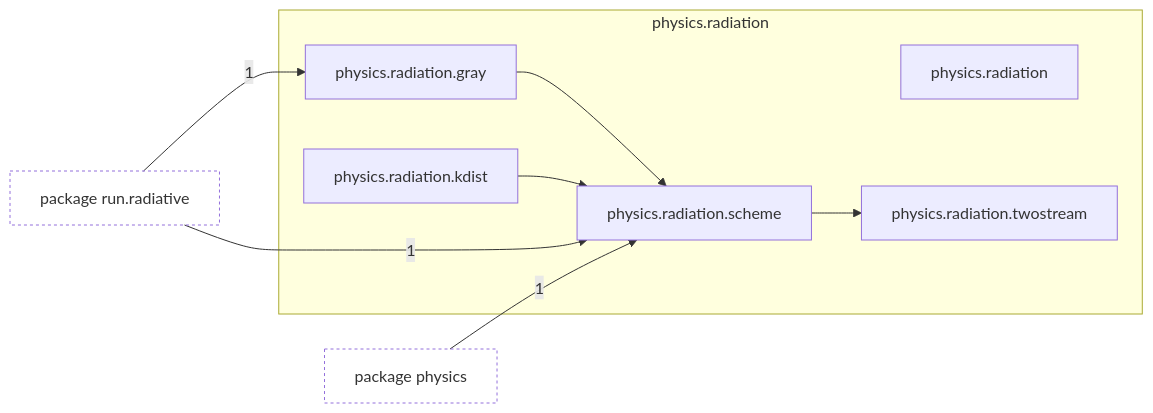
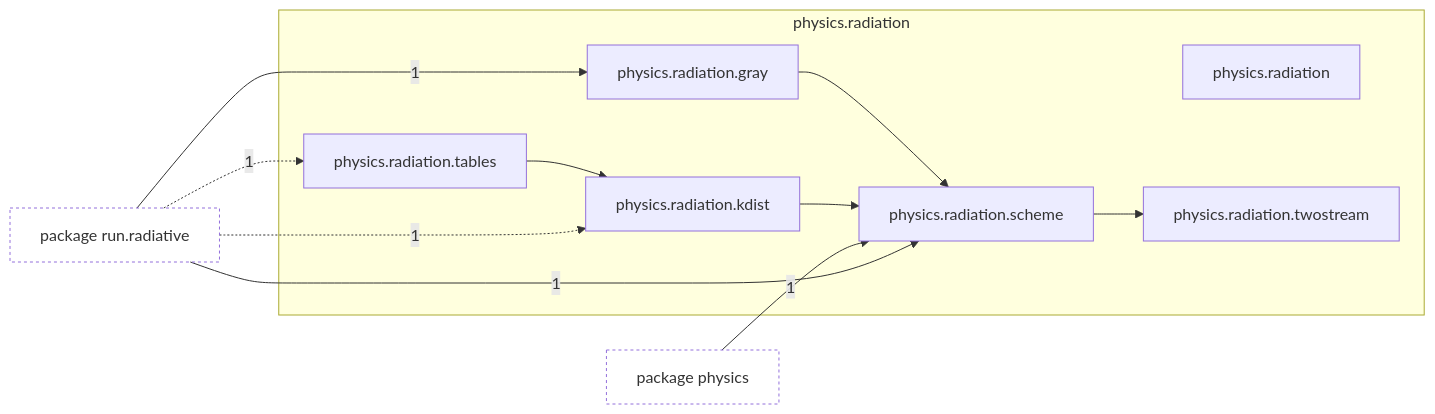
The first of 2 diagrams in docs/architecture/current/packages/tropoi.physics.radiation.md (AlexandreEros/Palintropos), drawn with Mermaid before and after one commit. The commit also changed other lines of this file and 16 other files, not shown here.

Commit message:
docs(architecture): refresh the snapshot for the k-table configuration

````diff
--- a/docs/architecture/current/packages/tropoi.physics.radiation.md
+++ b/docs/architecture/current/packages/tropoi.physics.radiation.md
@@ -23,23 +24,27 @@
 ```mermaid
 %% Generated by tools.architecture 2.3.0. Do not edit by hand.
 %% Modules of tropoi.physics.radiation with imports in and out
 flowchart LR
     subgraph g_tropoi_ophysics_oradiation["physics.radiation"]
         n_tropoi_ophysics_oradiation["physics.radiation"]
         n_tropoi_ophysics_oradiation_ogray["physics.radiation.gray"]
         n_tropoi_ophysics_oradiation_okdist["physics.radiation.kdist"]
         n_tropoi_ophysics_oradiation_oscheme["physics.radiation.scheme"]
+        n_tropoi_ophysics_oradiation_otables["physics.radiation.tables"]
         n_tropoi_ophysics_oradiation_otwostream["physics.radiation.twostream"]
     end
     p_tropoi_ophysics["package physics"]
     p_tropoi_orun_oradiative["package run.radiative"]
     n_tropoi_ophysics_oradiation_ogray --> n_tropoi_ophysics_oradiation_oscheme
     n_tropoi_ophysics_oradiation_okdist --> n_tropoi_ophysics_oradiation_oscheme
     n_tropoi_ophysics_oradiation_oscheme --> n_tropoi_ophysics_oradiation_otwostream
+    n_tropoi_ophysics_oradiation_otables --> n_tropoi_ophysics_oradiation_okdist
     p_tropoi_ophysics -->|1| n_tropoi_ophysics_oradiation_oscheme
     p_tropoi_orun_oradiative -->|1| n_tropoi_ophysics_oradiation_ogray
+    p_tropoi_orun_oradiative -.->|1| n_tropoi_ophysics_oradiation_okdist
     p_tropoi_orun_oradiative -->|1| n_tropoi_ophysics_oradiation_oscheme
+    p_tropoi_orun_oradiative -.->|1| n_tropoi_ophysics_oradiation_otables
     classDef other fill:none,stroke-dasharray:3 3
     class p_tropoi_ophysics other
     class p_tropoi_orun_oradiative other
 ```
````
